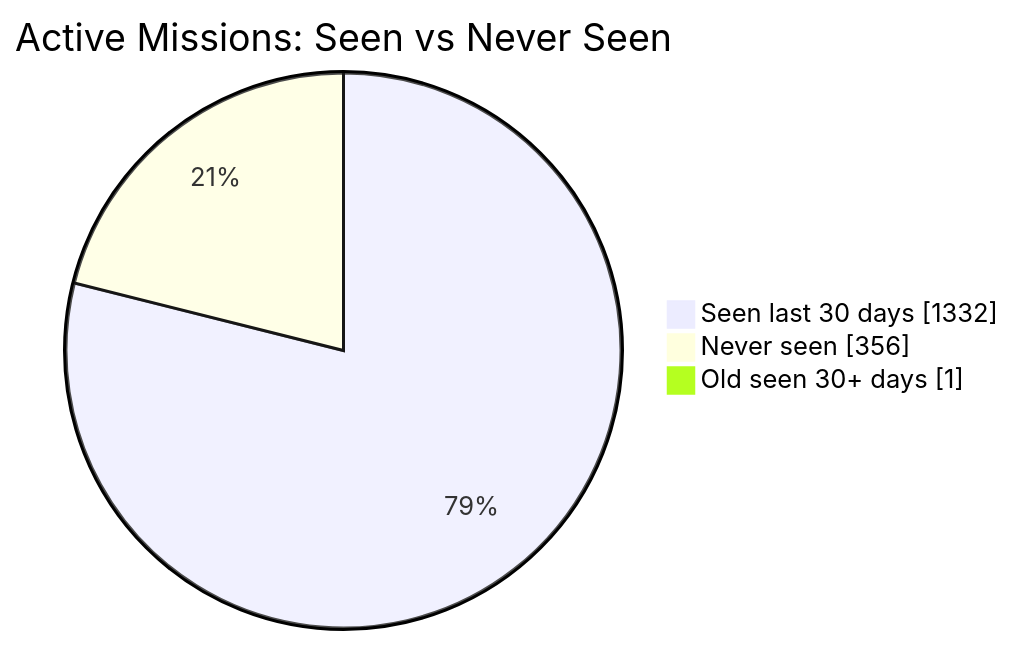
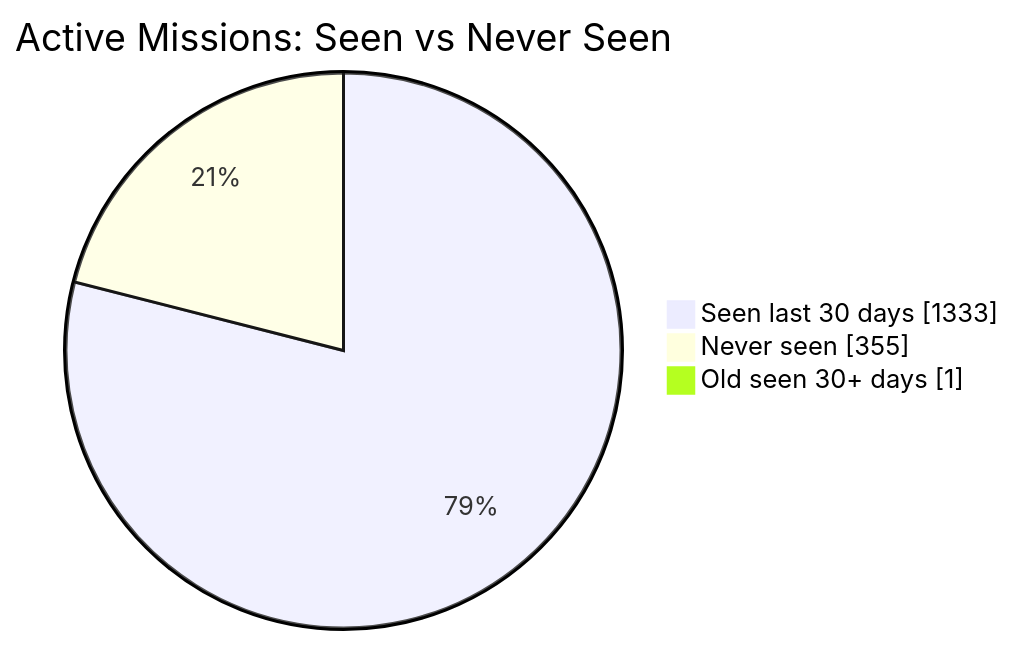
One commit to MeldkamerspelGameTeam/active-missions changed the first of 2 diagrams in README.md. Above: the diagram before and after it, drawn with Mermaid. The commit also changed other lines of this file and 3 other files, not shown here.

````diff
--- a/README.md
+++ b/README.md
@@ -34,7 +34,7 @@
 ```mermaid
 pie showData
     title Active Missions: Seen vs Never Seen
-    "Seen last 30 days" : 1332
-    "Never seen" : 356
+    "Seen last 30 days" : 1333
+    "Never seen" : 355
     "Old seen 30+ days" : 1
 ```
````
